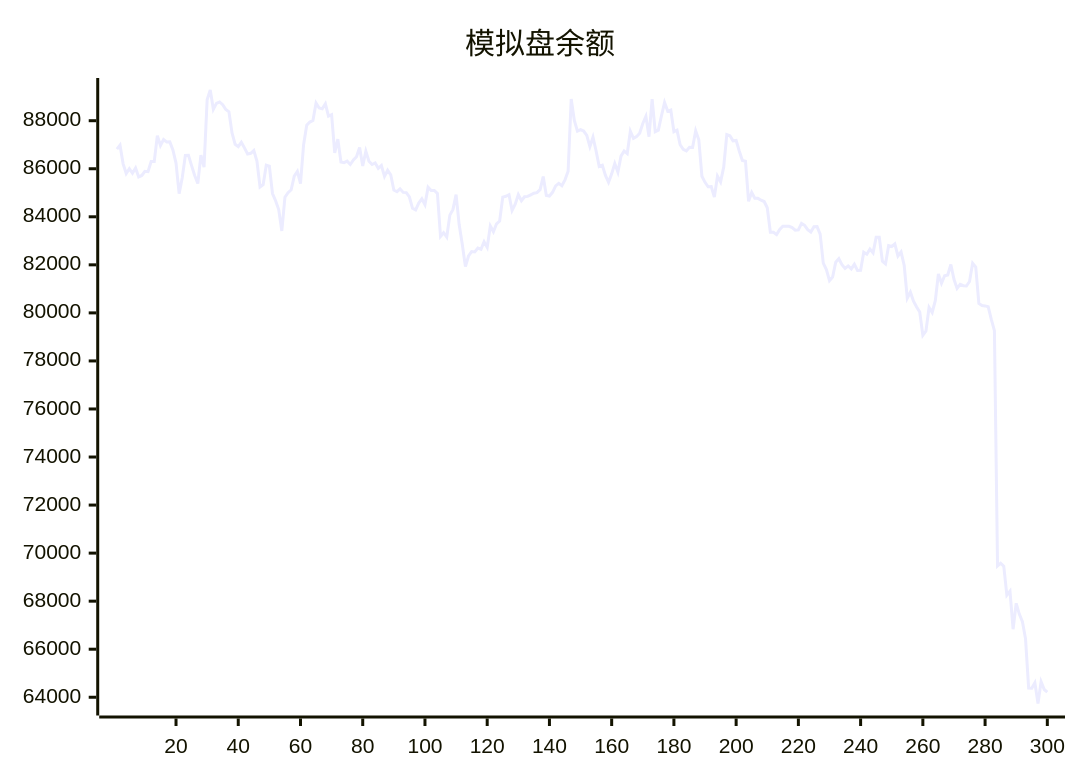
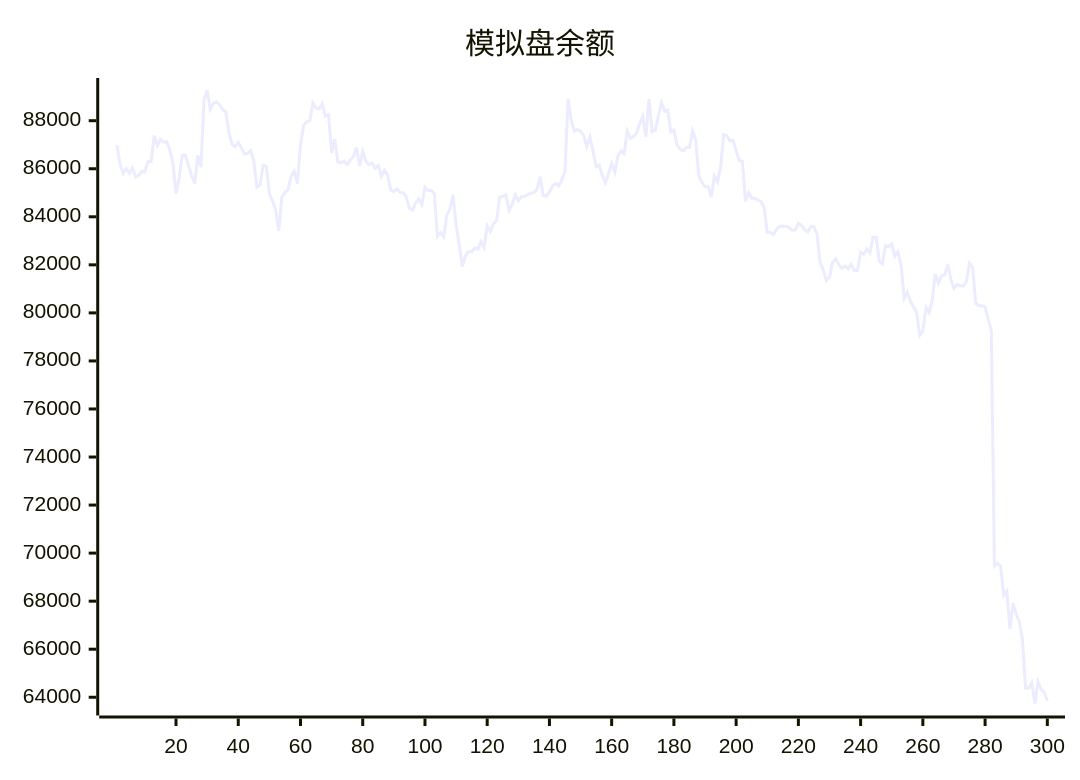
One commit to aahl/ai-trading changed the diagram in README.md. Above: the diagram before and after it, drawn with Mermaid. The commit also changed other lines of this file and 1 other file, not shown here.

````diff
--- a/README.md
+++ b/README.md
@@ -5,5 +5,5 @@
 ```mermaid
 xychart
     title "模拟盘余额"
-    line [86814,86980,86203,85802,86003,85811,86028,85657,85721,85896,85880,86300,86299,87378,86965,87214,87115,87118,86780,86238,84966,85623,86555,86562,86129,85722,85387,86569,86070,88870,89278,88477,88720,88781,88668,88467,88372,87493,87018,86917,87102,86870,86613,86644,86758,86317,85242,85334,86149,86106,84968,84671,84302,83410,84816,85001,85127,85693,85891,85384,87001,87811,87945,88007,88734,88528,88495,88705,88189,88248,86662,87234,86279,86251,86314,86177,86364,86503,86886,86114,86731,86310,86176,86240,86017,86136,85685,85938,85749,85111,85044,85164,85016,85008,84824,84354,84287,84572,84745,84500,85234,85096,85095,84970,83180,83338,83157,84070,84309,84922,83667,82850,81924,82369,82552,82539,82695,82648,82962,82728,83619,83378,83710,83825,84819,84854,84917,84265,84527,84919,84668,84834,84850,84916,84981,85004,85131,85674,84891,84864,85019,85284,85393,85294,85538,85894,88904,88012,87567,87625,87568,87386,86920,87313,86737,86094,86143,85725,85437,85787,86219,85859,86526,86740,86630,87563,87264,87335,87483,87886,88180,87335,88894,87544,87608,88207,88755,88401,88444,87543,87608,87000,86810,86740,86894,86884,87576,87209,85686,85435,85251,85255,84820,85689,85453,86066,87420,87373,87161,87178,86740,86341,86315,84643,85012,84772,84768,84690,84635,84376,83360,83357,83259,83474,83608,83606,83602,83548,83440,83454,83724,83644,83464,83365,83590,83592,83275,82072,81806,81344,81492,82109,82254,82006,81848,81955,81829,82022,81769,81776,82522,82441,82656,82498,83144,83144,82150,82038,82797,82763,82872,82367,82536,81981,80612,80862,80484,80242,80034,79063,79245,80226,80016,80507,81625,81233,81544,81578,82016,81401,81019,81186,81130,81118,81306,82066,81909,80392,80304,80291,80258,79729,79261,69466,69579,69456,68251,68415,66832,67911,67462,67144,66432,64380,64375,64606,63740,64647,64324,64216]
+    line [86980,86203,85802,86003,85811,86028,85657,85721,85896,85880,86300,86299,87378,86965,87214,87115,87118,86780,86238,84966,85623,86555,86562,86129,85722,85387,86569,86070,88870,89278,88477,88720,88781,88668,88467,88372,87493,87018,86917,87102,86870,86613,86644,86758,86317,85242,85334,86149,86106,84968,84671,84302,83410,84816,85001,85127,85693,85891,85384,87001,87811,87945,88007,88734,88528,88495,88705,88189,88248,86662,87234,86279,86251,86314,86177,86364,86503,86886,86114,86731,86310,86176,86240,86017,86136,85685,85938,85749,85111,85044,85164,85016,85008,84824,84354,84287,84572,84745,84500,85234,85096,85095,84970,83180,83338,83157,84070,84309,84922,83667,82850,81924,82369,82552,82539,82695,82648,82962,82728,83619,83378,83710,83825,84819,84854,84917,84265,84527,84919,84668,84834,84850,84916,84981,85004,85131,85674,84891,84864,85019,85284,85393,85294,85538,85894,88904,88012,87567,87625,87568,87386,86920,87313,86737,86094,86143,85725,85437,85787,86219,85859,86526,86740,86630,87563,87264,87335,87483,87886,88180,87335,88894,87544,87608,88207,88755,88401,88444,87543,87608,87000,86810,86740,86894,86884,87576,87209,85686,85435,85251,85255,84820,85689,85453,86066,87420,87373,87161,87178,86740,86341,86315,84643,85012,84772,84768,84690,84635,84376,83360,83357,83259,83474,83608,83606,83602,83548,83440,83454,83724,83644,83464,83365,83590,83592,83275,82072,81806,81344,81492,82109,82254,82006,81848,81955,81829,82022,81769,81776,82522,82441,82656,82498,83144,83144,82150,82038,82797,82763,82872,82367,82536,81981,80612,80862,80484,80242,80034,79063,79245,80226,80016,80507,81625,81233,81544,81578,82016,81401,81019,81186,81130,81118,81306,82066,81909,80392,80304,80291,80258,79729,79261,69466,69579,69456,68251,68415,66832,67911,67462,67144,66432,64380,64375,64606,63740,64647,64324,64216,63842]
 ```
````
